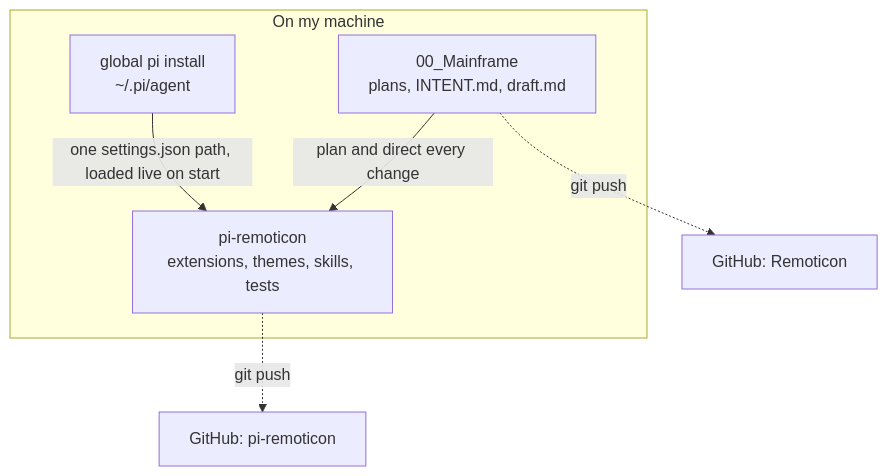
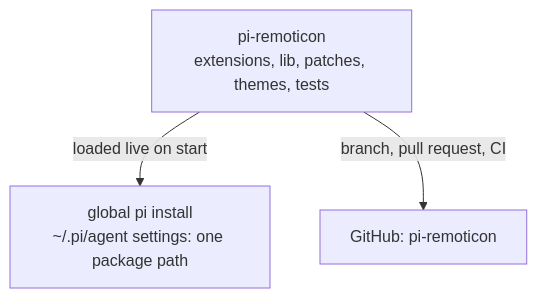
One commit to RajarshiB21/pi-remoticon changed the diagram in README.md. Above: the diagram before and after it, drawn with Mermaid. The commit also changed other lines of this file and 1 other file, not shown here.

````diff
--- a/README.md
+++ b/README.md
@@ -11,12 +9,7 @@
 ```mermaid
 flowchart TD
-    subgraph local["On my machine"]
-        MF["00_Mainframe<br/>plans, INTENT.md, draft.md"]
-        PR["pi-remoticon<br/>extensions, themes, skills, tests"]
-        PI["global pi install<br/>~/.pi/agent"]
-    end
-    MF -->|"plan and direct every change"| PR
-    PI -->|"one settings.json path, loaded live on start"| PR
-    PR -.->|"git push"| GH1["GitHub: pi-remoticon"]
-    MF -.->|"git push"| GH2["GitHub: Remoticon"]
+    PR["pi-remoticon<br/>extensions, lib, patches, themes, tests"]
+    PI["global pi install<br/>~/.pi/agent settings: one package path"]
+    PR -->|"loaded live on start"| PI
+    PR -->|"branch, pull request, CI"| GH["GitHub: pi-remoticon"]
 ```
````
